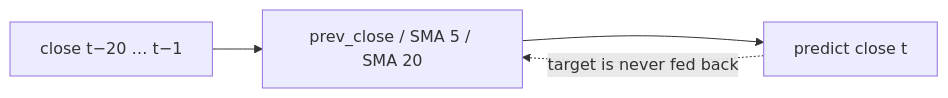
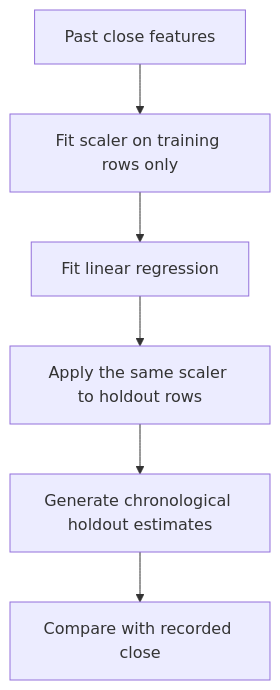
One commit to CHAITANYA-2002/machine-learning-projects changed the third of 4 diagrams in 10-nifty-price-analysis/README.md. Above: the diagram before and after it, drawn with Mermaid. The commit also changed other lines of this file and 109 other files, not shown here.

````diff
--- a/10-nifty-price-analysis/README.md
+++ b/10-nifty-price-analysis/README.md
@@ -83,6 +70,8 @@
 ```mermaid
-flowchart LR
-    A[close t−20 … t−1] --> B[prev_close / SMA 5 / SMA 20]
-    B --> C[predict close t]
-    C -. target is never fed back .-> B
+flowchart TB
+    A[Past close features] --> B[Fit scaler on training rows only]
+    B --> C[Fit linear regression]
+    C --> D[Apply the same scaler to holdout rows]
+    D --> E[Generate chronological holdout estimates]
+    E --> F[Compare with recorded close]
 ```
````
